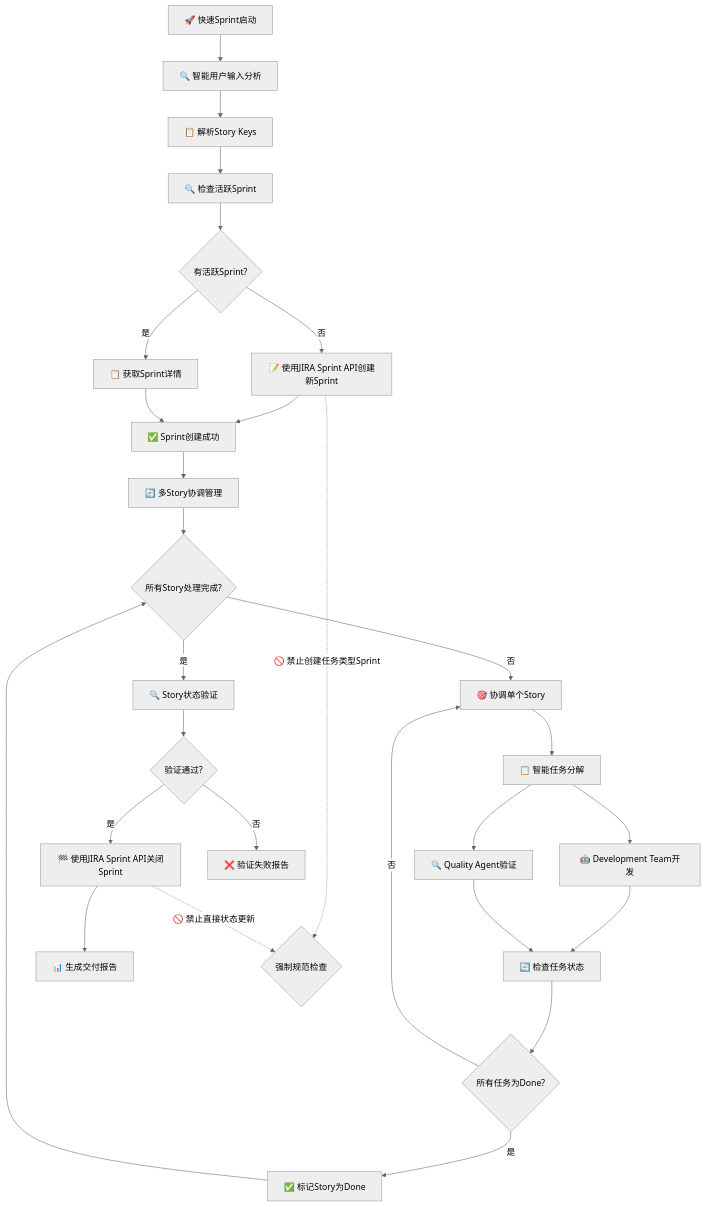
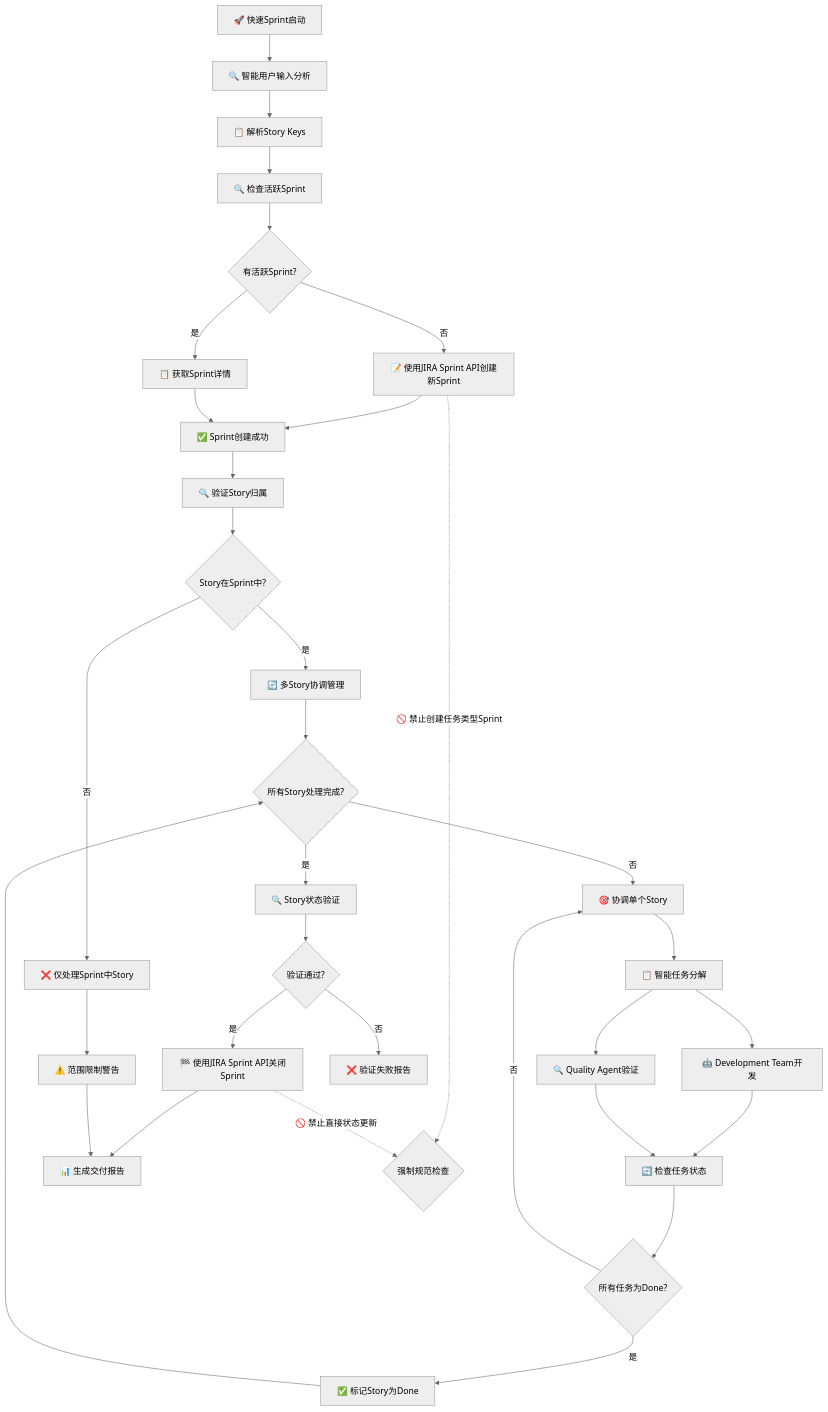
One commit to ouyangshixiong/context-engineering-zh changed the first of 11 diagrams in plugins/agile-marketplace/sprint-plugin/commands/快速sprint.md. Above: the diagram before and after it, drawn with Mermaid (neutral theme). The commit also changed other lines of this file, not shown here.

Commit message:
限制‘快速sprint’仅仅处理sprint中已经有的story。

````diff
--- a/plugins/agile-marketplace/sprint-plugin/commands/快速sprint.md
+++ b/plugins/agile-marketplace/sprint-plugin/commands/快速sprint.md
@@ -57,33 +58,38 @@
 ```mermaid
 flowchart TD
     A[🚀 快速Sprint启动] --> B[🔍 智能用户输入分析]
     B --> C[📋 解析Story Keys]
     C --> D[🔍 检查活跃Sprint]
     D --> E{有活跃Sprint?}
     E -->|否| F[📝 使用JIRA Sprint API创建新Sprint]
     E -->|是| G[📋 获取Sprint详情]
     F --> H[✅ Sprint创建成功]
     G --> H
-    H --> I[🔄 多Story协调管理]
-    I --> J{所有Story处理完成?}
-    J -->|否| K[🎯 协调单个Story]
-    K --> L[📋 智能任务分解]
-    L --> M[🤖 Development Team开发]
-    L --> N[🔍 Quality Agent验证]
-    M --> O[🔄 检查任务状态]
-    N --> O
-    O --> P{所有任务为Done?}
-    P -->|否| K
-    P -->|是| Q[✅ 标记Story为Done]
-    Q --> J
-    J -->|是| R[🔍 Story状态验证]
-    R --> S{验证通过?}
-    S -->|否| T[❌ 验证失败报告]
-    S -->|是| U[🏁 使用JIRA Sprint API关闭Sprint]
-    U --> V[📊 生成交付报告]
+    H --> I[🔍 验证Story归属]
+    I --> J{Story在Sprint中?}
+    J -->|否| K[❌ 仅处理Sprint中Story]
+    J -->|是| L[🔄 多Story协调管理]
+    K --> M[⚠️ 范围限制警告]
+    L --> N{所有Story处理完成?}
+    N -->|否| O[🎯 协调单个Story]
+    O --> P[📋 智能任务分解]
+    P --> Q[🤖 Development Team开发]
+    P --> R[🔍 Quality Agent验证]
+    Q --> S[🔄 检查任务状态]
+    R --> S
+    S --> T{所有任务为Done?}
+    T -->|否| O
+    T -->|是| U[✅ 标记Story为Done]
+    U --> N
+    N -->|是| V[🔍 Story状态验证]
+    V --> W{验证通过?}
+    W -->|否| X[❌ 验证失败报告]
+    W -->|是| Y[🏁 使用JIRA Sprint API关闭Sprint]
+    Y --> Z[📊 生成交付报告]
+    M --> Z
 
     %% 强制规范检查
-    F -.->|🚫 禁止创建任务类型Sprint| W[强制规范检查]
-    U -.->|🚫 禁止直接状态更新| W
-    W{强制规范检查}
+    F -.->|🚫 禁止创建任务类型Sprint| AA[强制规范检查]
+    Y -.->|🚫 禁止直接状态更新| AA
+    AA{强制规范检查}
 ```
````
